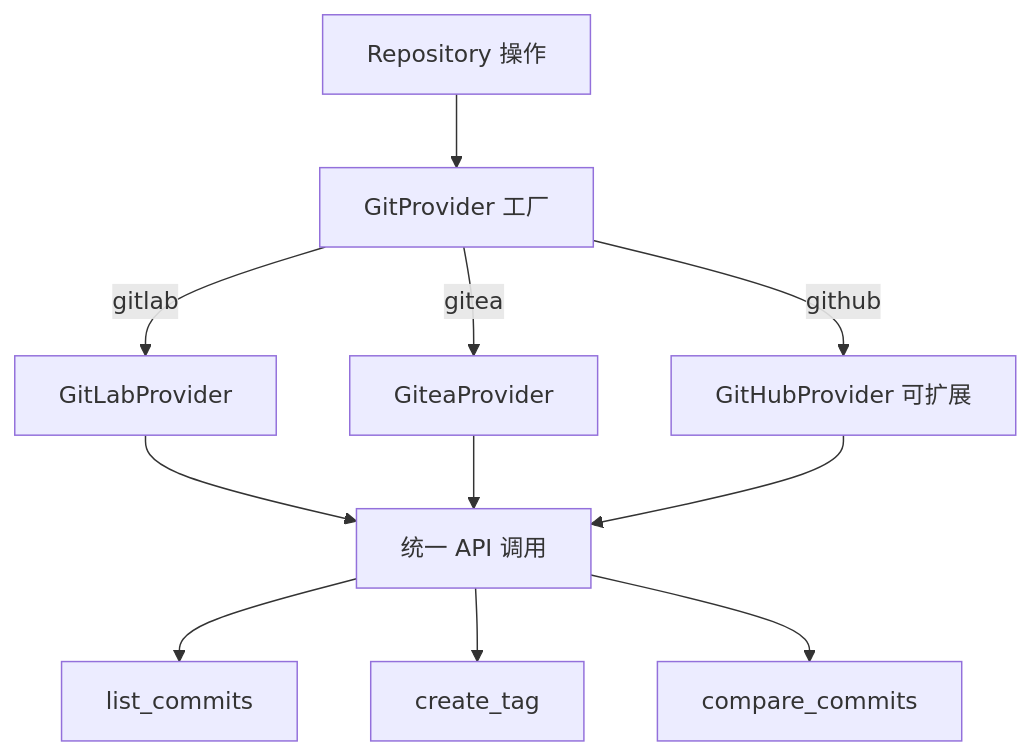
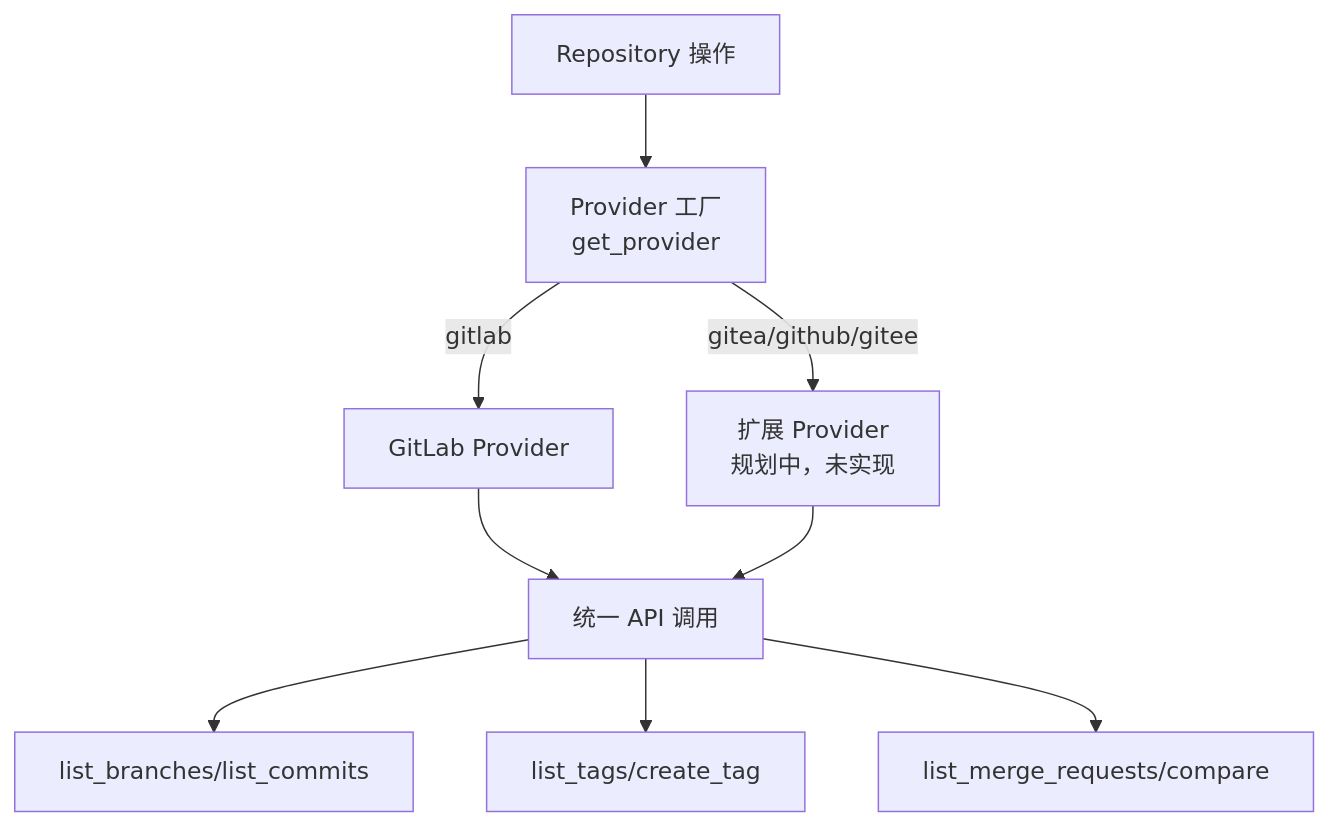
One commit to qingxiaoyuan/trace-ship changed diagram 11 of 17 in docs/business-process-analysis.md. Above: the diagram before and after it, drawn with Mermaid. The commit also changed other lines of this file and 8 other files, not shown here.

````diff
--- a/docs/business-process-analysis.md
+++ b/docs/business-process-analysis.md
@@ -332,13 +385,11 @@
 ```mermaid
 flowchart TD
-    A[Repository 操作] --> B[GitProvider 工厂]
-    B -->|gitlab| C[GitLabProvider]
-    B -->|gitea| D[GiteaProvider]
-    B -->|github| E[GitHubProvider 可扩展]
+    A[Repository 操作] --> B[Provider 工厂<br/>get_provider]
+    B -->|gitlab| C[GitLab Provider]
+    B -->|gitea/github/gitee| D[扩展 Provider<br/>规划中，未实现]
     C --> F[统一 API 调用]
     D --> F
-    E --> F
-    F --> G[list_commits]
-    F --> H[create_tag]
-    F --> I[compare_commits]
+    F --> G[list_branches/list_commits]
+    F --> H[list_tags/create_tag]
+    F --> I[list_merge_requests/compare]
 ```
````
